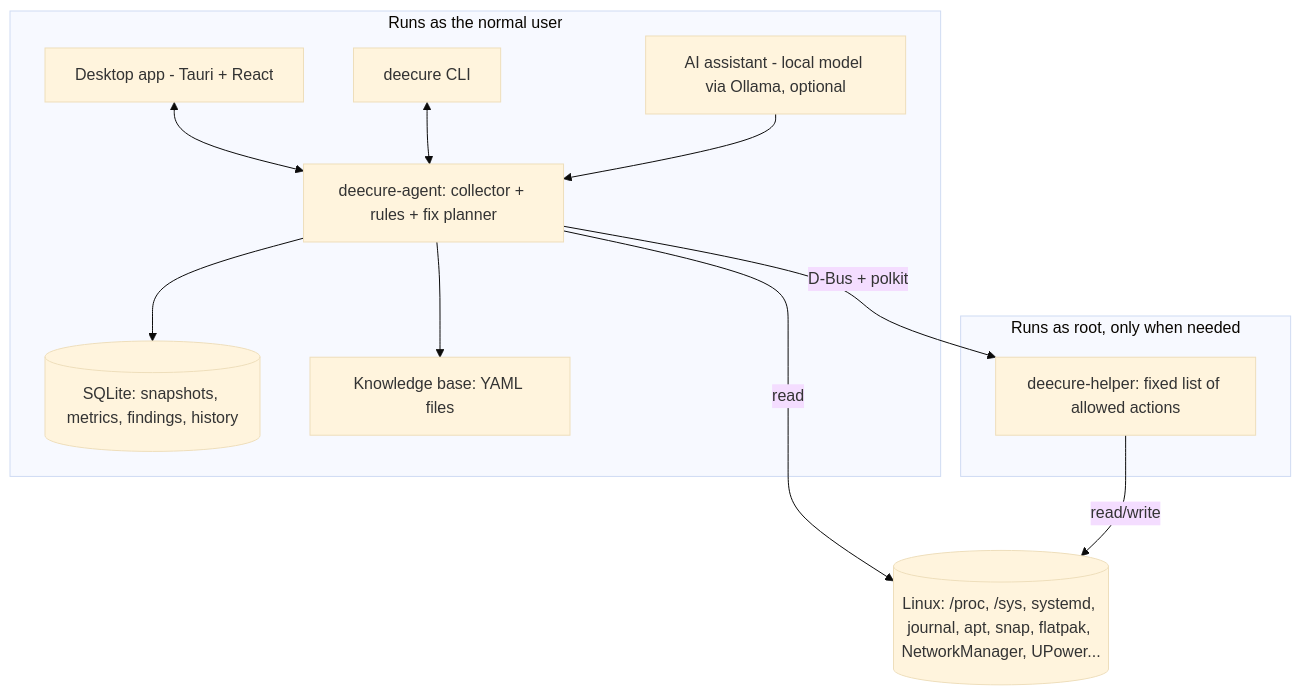
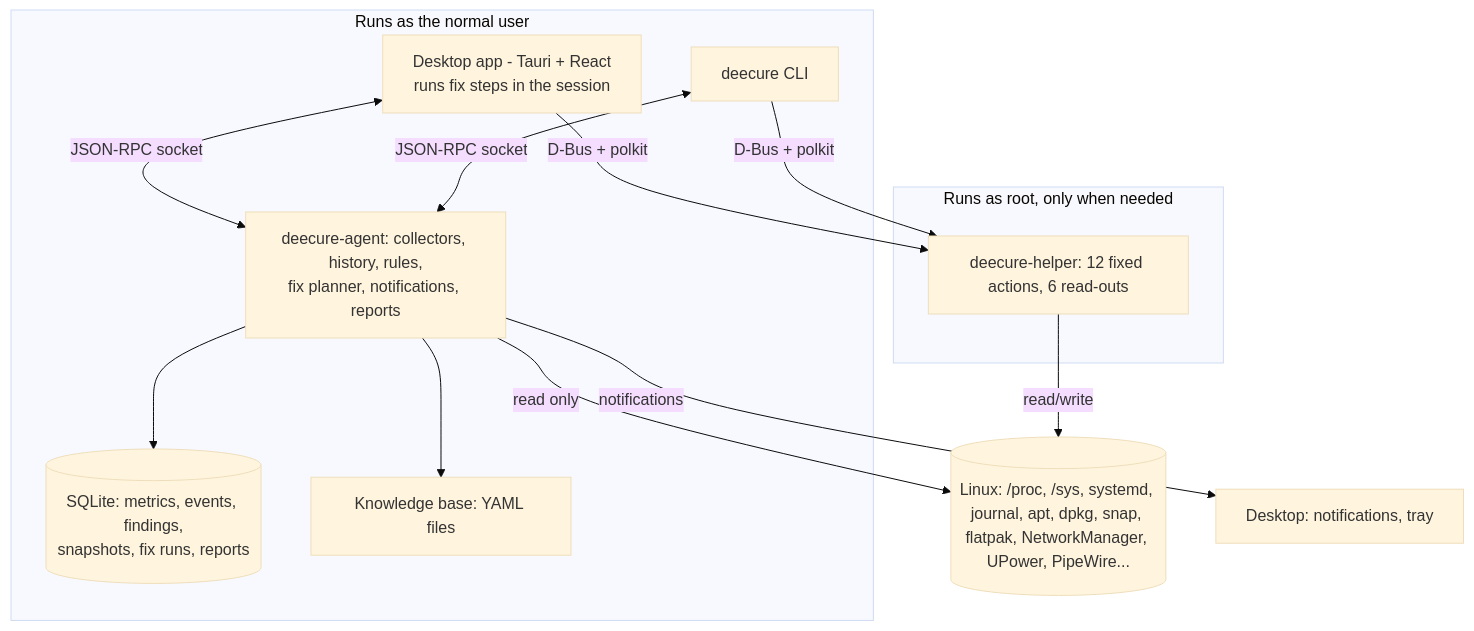
The diagram in docs/02-architecture/overview.md (krisskad0/DeeCure), drawn with Mermaid (base theme) before and after one commit. The commit also changed other lines of this file and 14 other files, not shown here.

````diff
--- a/docs/02-architecture/overview.md
+++ b/docs/02-architecture/overview.md
@@ -6,24 +6,25 @@
 ```mermaid
 flowchart TB
   subgraph UserSession[Runs as the normal user]
-    UI[Desktop app - Tauri + React]
+    UI[Desktop app - Tauri + React<br/>runs fix steps in the session]
     CLI[deecure CLI]
-    AG[deecure-agent: collector + rules + fix planner]
-    DB[(SQLite: snapshots, metrics, findings, history)]
+    AG[deecure-agent: collectors, history, rules,<br/>fix planner, notifications, reports]
+    DB[(SQLite: metrics, events, findings,<br/>snapshots, fix runs, reports)]
     KB[Knowledge base: YAML files]
-    AI[AI assistant - local model via Ollama, optional]
   end
   subgraph System[Runs as root, only when needed]
-    HP[deecure-helper: fixed list of allowed actions]
+    HP[deecure-helper: 12 fixed actions, 6 read-outs]
   end
-  OS[(Linux: /proc, /sys, systemd, journal, apt, snap, flatpak, NetworkManager, UPower...)]
+  OS[(Linux: /proc, /sys, systemd, journal, apt, dpkg, snap, flatpak, NetworkManager, UPower, PipeWire...)]
+  Desk[Desktop: notifications, tray]
 
-  UI <--> AG
-  CLI <--> AG
+  UI <-->|JSON-RPC socket| AG
+  CLI <-->|JSON-RPC socket| AG
   AG --> DB
   AG --> KB
-  AI --> AG
-  AG -- read --> OS
-  AG -- D-Bus + polkit --> HP
+  AG -- read only --> OS
+  AG -- notifications --> Desk
+  UI -- D-Bus + polkit --> HP
+  CLI -- D-Bus + polkit --> HP
   HP -- read/write --> OS
 ```
````
